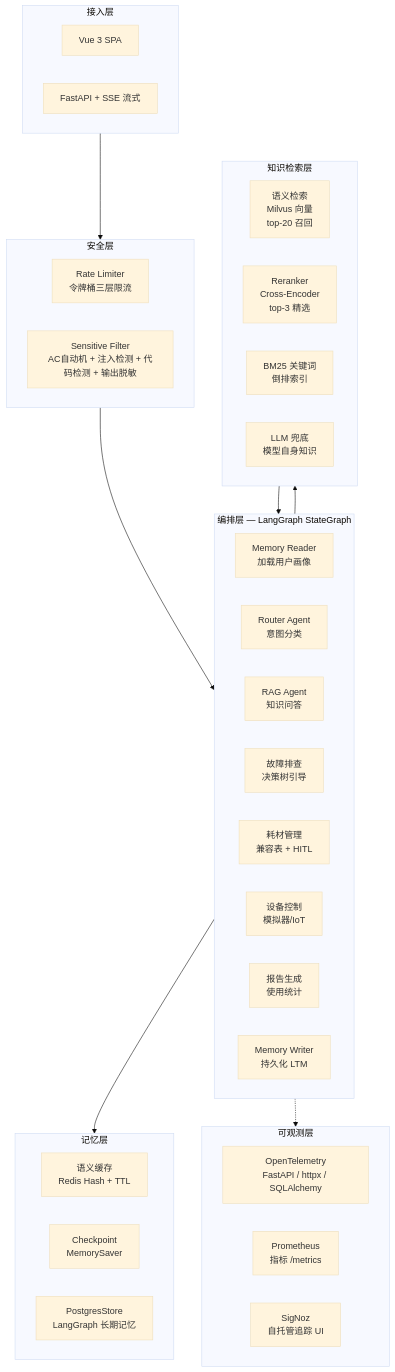
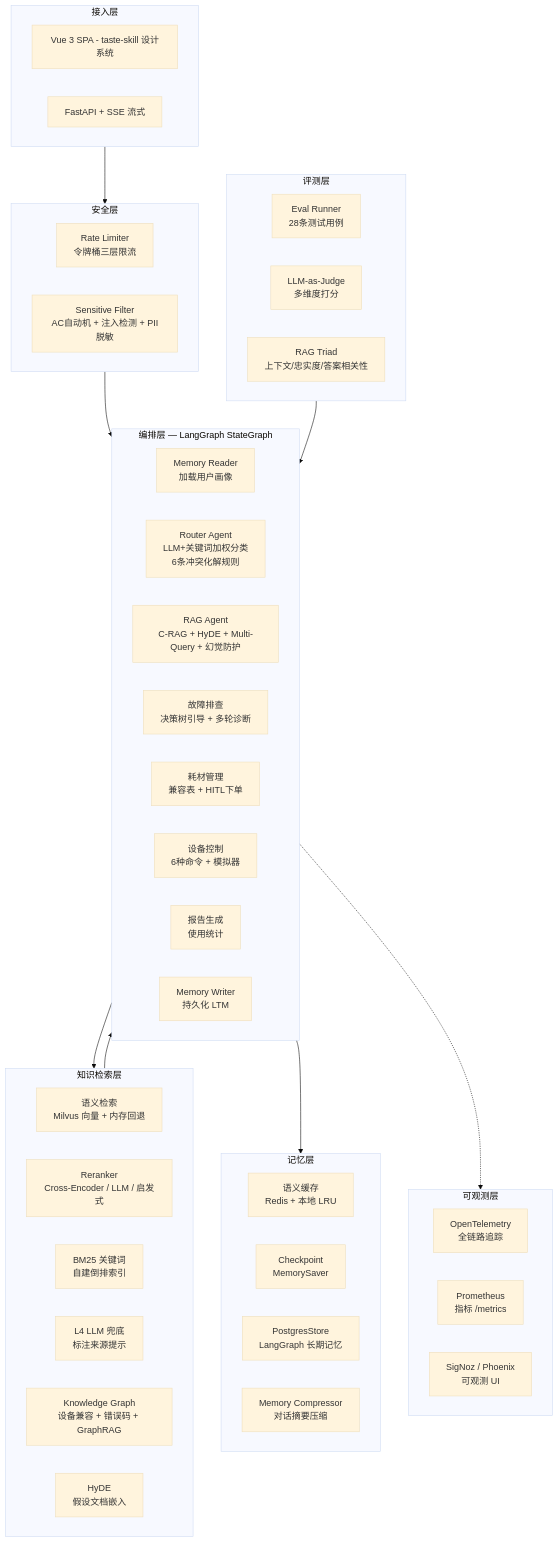
The diagram in docs/ARCHITECTURE.md (jiang436/smart-qa-agent-system), drawn with Mermaid (base theme) before and after one commit. The commit also changed other lines of this file and 111 other files, not shown here.

````diff
--- a/docs/ARCHITECTURE.md
+++ b/docs/ARCHITECTURE.md
@@ -5,47 +5,57 @@
 ```mermaid
 flowchart TB
     subgraph 接入["接入层"]
-        UI[Vue 3 SPA]
+        UI[Vue 3 SPA - taste-skill 设计系统]
         API[FastAPI + SSE 流式]
     end
 
     subgraph 安全["安全层"]
         RL[Rate Limiter<br>令牌桶三层限流]
-        SF[Sensitive Filter<br>AC自动机 + 注入检测 + 代码检测 + 输出脱敏]
+        SF[Sensitive Filter<br>AC自动机 + 注入检测 + PII脱敏]
     end
 
     subgraph 编排["编排层 — LangGraph StateGraph"]
         MR[Memory Reader<br>加载用户画像]
-        Router[Router Agent<br>意图分类]
-        QA[RAG Agent<br>知识问答]
-        TS[故障排查<br>决策树引导]
-        CS[耗材管理<br>兼容表 + HITL]
-        DC[设备控制<br>模拟器/IoT]
+        Router[Router Agent<br>LLM+关键词加权分类<br>6条冲突化解规则]
+        QA[RAG Agent<br>C-RAG + HyDE + Multi-Query + 幻觉防护]
+        TS[故障排查<br>决策树引导 + 多轮诊断]
+        CS[耗材管理<br>兼容表 + HITL下单]
+        DC[设备控制<br>6种命令 + 模拟器]
         RP[报告生成<br>使用统计]
         MW[Memory Writer<br>持久化 LTM]
     end
 
     subgraph 检索["知识检索层"]
-        SR[语义检索<br>Milvus 向量<br>top-20 召回]
-        RN[Reranker<br>Cross-Encoder<br>top-3 精选]
-        BM[BM25 关键词<br>倒排索引]
-        LLM[LLM 兜底<br>模型自身知识]
+        SR[语义检索<br>Milvus 向量 + 内存回退]
+        RN[Reranker<br>Cross-Encoder / LLM / 启发式]
+        BM[BM25 关键词<br>自建倒排索引]
+        LLM[L4 LLM 兜底<br>标注来源提示]
+        KG[Knowledge Graph<br>设备兼容 + 错误码 + GraphRAG]
+        HD[HyDE<br>假设文档嵌入]
     end
 
     subgraph 记忆["记忆层"]
-        SC[语义缓存<br>Redis Hash + TTL]
+        SC[语义缓存<br>Redis + 本地 LRU]
         CK[Checkpoint<br>MemorySaver]
         ST[PostgresStore<br>LangGraph 长期记忆]
+        MC[Memory Compressor<br>对话摘要压缩]
     end
 
     subgraph 可观测["可观测层"]
-        OT[OpenTelemetry<br>FastAPI / httpx / SQLAlchemy]
+        OT[OpenTelemetry<br>全链路追踪]
         PR[Prometheus<br>指标 /metrics]
-        SN[SigNoz<br>自托管追踪 UI]
+        SN[SigNoz / Phoenix<br>可观测 UI]
+    end
+
+    subgraph 评测["评测层"]
+        EV[Eval Runner<br>28条测试用例]
+        LJ[LLM-as-Judge<br>多维度打分]
+        RT[RAG Triad<br>上下文/忠实度/答案相关性]
     end
 
     接入 --> 安全 --> 编排
     编排 --> 检索 --> 编排
     编排 --> 记忆
     编排 -.-> 可观测
+    评测 --> 编排
 ```
````
